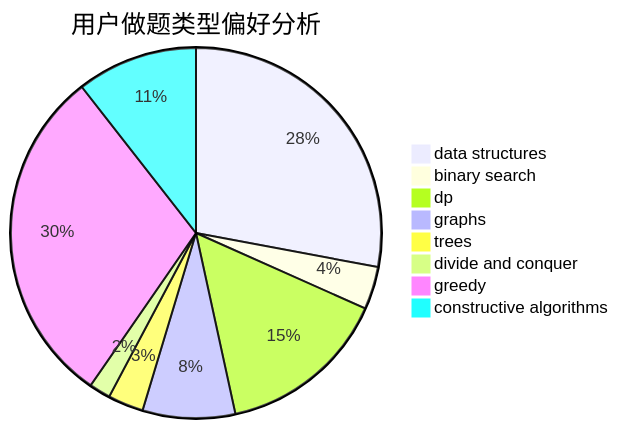
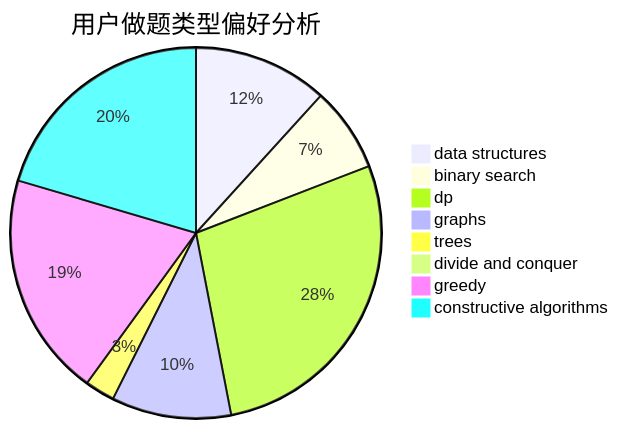
The second of 3 diagrams in docs/user/u2276.md (sherpahu/cfrs.github.io), drawn with Mermaid before and after one commit. The commit also changed other lines of this file and 2770 other files, not shown here.

````diff
--- a/docs/user/u2276.md
+++ b/docs/user/u2276.md
@@ -23,11 +23,11 @@
 ```mermaid
 pie title 用户做题类型偏好分析
-    "data structures" :  45
-    "binary search" :  6
-    "dp" :  24
-    "graphs" :  13
-    "trees" :  5
-    "divide and conquer" :  3
-    "greedy" :  48
-    "constructive algorithms" :  17
+    "data structures" :  27
+    "binary search" :  17
+    "dp" :  64
+    "graphs" :  24
+    "trees" :  6
+    "divide and conquer" :  1
+    "greedy" :  45
+    "constructive algorithms" :  47
 ```
````
